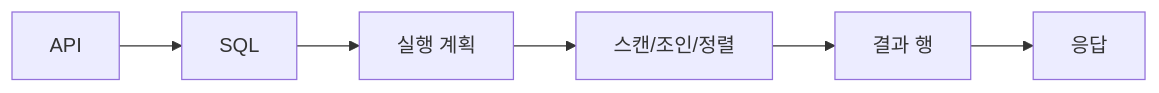
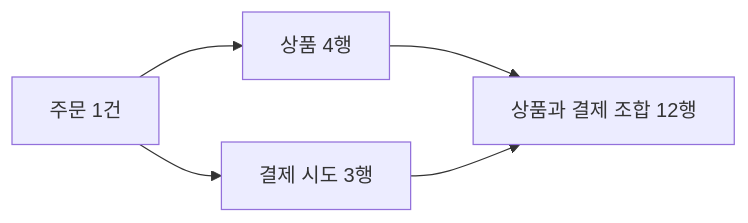
Before and after one commit to sinabro-study/garden: the diagram in 01_Projects/면접 준비/06_단원_06_SQL_Index.md, drawn with Mermaid. The commit also changed other lines of this file and 6 other files, not shown here.

````diff
--- a/01_Projects/면접 준비/06_단원_06_SQL_Index.md
+++ b/01_Projects/면접 준비/06_단원_06_SQL_Index.md
@@ -25,14 +95,7 @@
 ```mermaid
 flowchart LR
- N0["API"]
- N1["SQL"]
- N0 --> N1
- N2["실행 계획"]
- N1 --> N2
- N3["스캔/조인/정렬"]
- N2 --> N3
- N4["결과 행"]
- N3 --> N4
- N5["응답"]
- N4 --> N5
+    O["주문 1건"] --> I["상품 4행"]
+    O --> P["결제 시도 3행"]
+    I --> M["상품과 결제 조합 12행"]
+    P --> M
 ```
````
